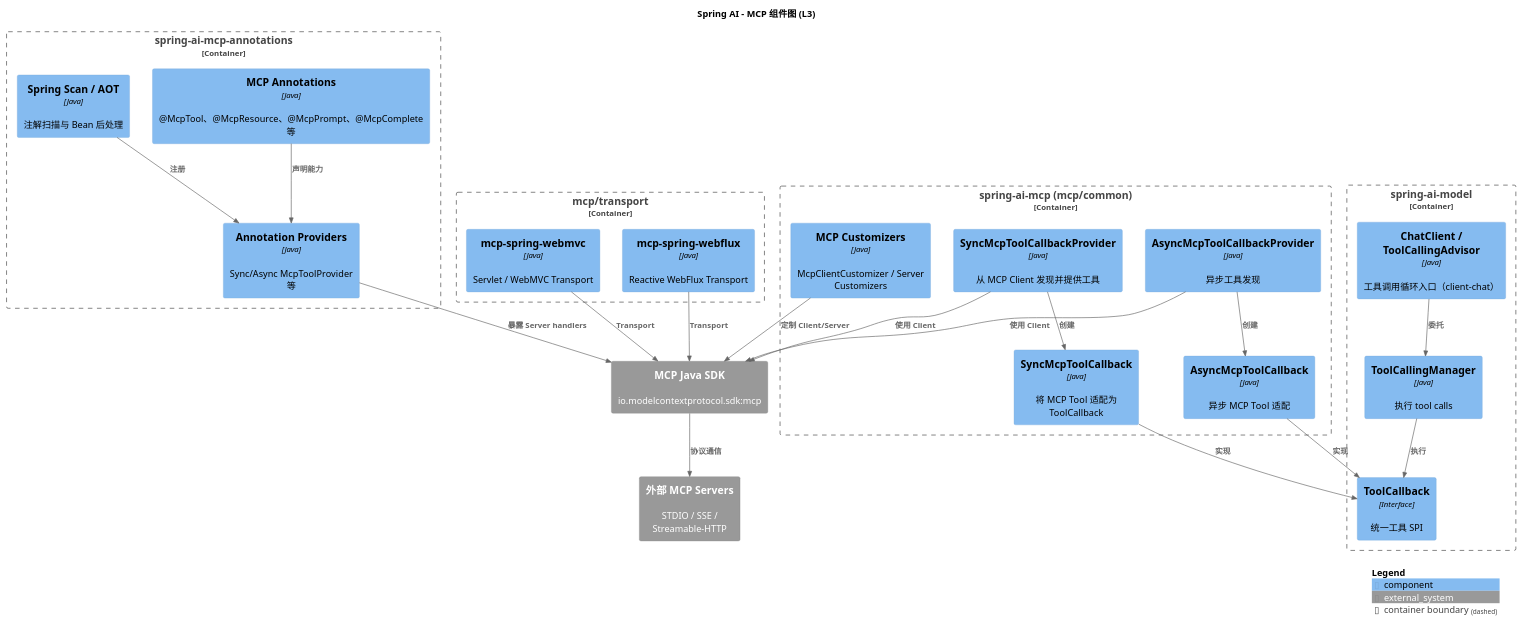
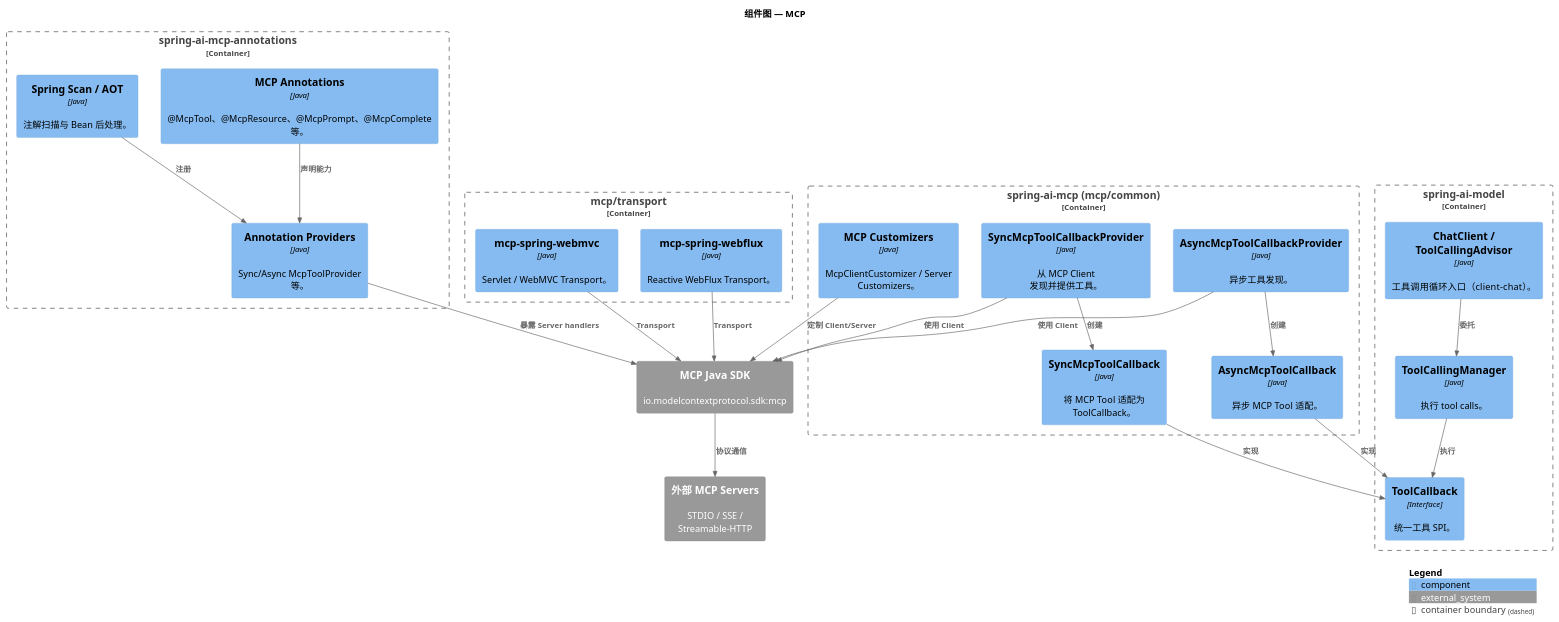
The diagram in spring-ai/docs/c4-model/C3-Component-Mcp.puml (felixzhu97/community-docs), drawn with PlantUML before and after one commit. The commit also changed 30 other files, not shown here.

First line of the commit message:
docs: use Chinese prose in C4 diagrams (#5)

```diff
--- a/spring-ai/docs/c4-model/C3-Component-Mcp.puml
+++ b/spring-ai/docs/c4-model/C3-Component-Mcp.puml
@@ -1,51 +1,51 @@
 @startuml Spring_AI_Component_MCP
 !include https://raw.githubusercontent.com/plantuml-stdlib/C4-PlantUML/master/C4_Component.puml
 
-title Spring AI - MCP 组件图 (L3)
+title 组件图 — MCP
 
 Container_Boundary(modelBound, "spring-ai-model") {
-    Component(toolCallback, "ToolCallback", "Interface", "统一工具 SPI")
-    Component(toolManager, "ToolCallingManager", "Java", "执行 tool calls")
-    Component(chatClientPath, "ChatClient / ToolCallingAdvisor", "Java", "工具调用循环入口（client-chat）")
+    Component(toolCallback, "ToolCallback", "Interface", "统一工具 SPI。")
+    Component(toolManager, "ToolCallingManager", "Java", "执行 tool calls。")
+    Component(chatClientPath, "ChatClient / ToolCallingAdvisor", "Java", "工具调用循环入口（client-chat）。")
 }
 
 Container_Boundary(mcpCommon, "spring-ai-mcp (mcp/common)") {
-    Component(syncCb, "SyncMcpToolCallback", "Java", "将 MCP Tool 适配为 ToolCallback")
-    Component(asyncCb, "AsyncMcpToolCallback", "Java", "异步 MCP Tool 适配")
-    Component(syncProvider, "SyncMcpToolCallbackProvider", "Java", "从 MCP Client 发现并提供工具")
-    Component(asyncProvider, "AsyncMcpToolCallbackProvider", "Java", "异步工具发现")
-    Component(customizers, "MCP Customizers", "Java", "McpClientCustomizer / Server Customizers")
+    Component(syncCb, "SyncMcpToolCallback", "Java", "将 MCP Tool 适配为 ToolCallback。")
+    Component(asyncCb, "AsyncMcpToolCallback", "Java", "异步 MCP Tool 适配。")
+    Component(syncProvider, "SyncMcpToolCallbackProvider", "Java", "从 MCP Client 发现并提供工具。")
+    Component(asyncProvider, "AsyncMcpToolCallbackProvider", "Java", "异步工具发现。")
+    Component(customizers, "MCP Customizers", "Java", "McpClientCustomizer / Server Customizers。")
 }
 
 Container_Boundary(mcpAnno, "spring-ai-mcp-annotations") {
-    Component(annotations, "MCP Annotations", "Java", "@McpTool、@McpResource、@McpPrompt、@McpComplete 等")
-    Component(annoProviders, "Annotation Providers", "Java", "Sync/Async McpToolProvider 等")
-    Component(springScan, "Spring Scan / AOT", "Java", "注解扫描与 Bean 后处理")
+    Component(annotations, "MCP Annotations", "Java", "@McpTool、@McpResource、@McpPrompt、@McpComplete 等。")
+    Component(annoProviders, "Annotation Providers", "Java", "Sync/Async McpToolProvider 等。")
+    Component(springScan, "Spring Scan / AOT", "Java", "注解扫描与 Bean 后处理。")
 }
 
 Container_Boundary(transport, "mcp/transport") {
-    Component(webmvc, "mcp-spring-webmvc", "Java", "Servlet / WebMVC Transport")
-    Component(webflux, "mcp-spring-webflux", "Java", "Reactive WebFlux Transport")
+    Component(webmvc, "mcp-spring-webmvc", "Java", "Servlet / WebMVC Transport。")
+    Component(webflux, "mcp-spring-webflux", "Java", "Reactive WebFlux Transport。")
 }
 
 System_Ext(mcpSdk, "MCP Java SDK", "io.modelcontextprotocol.sdk:mcp")
 System_Ext(mcpServers, "外部 MCP Servers", "STDIO / SSE / Streamable-HTTP")
 
 Rel(chatClientPath, toolManager, "委托")
 Rel(toolManager, toolCallback, "执行")
 Rel(syncCb, toolCallback, "实现")
 Rel(asyncCb, toolCallback, "实现")
 Rel(syncProvider, syncCb, "创建")
 Rel(asyncProvider, asyncCb, "创建")
 Rel(syncProvider, mcpSdk, "使用 Client")
 Rel(asyncProvider, mcpSdk, "使用 Client")
 Rel(customizers, mcpSdk, "定制 Client/Server")
 Rel(annotations, annoProviders, "声明能力")
 Rel(springScan, annoProviders, "注册")
 Rel(annoProviders, mcpSdk, "暴露 Server handlers")
 Rel(webmvc, mcpSdk, "Transport")
 Rel(webflux, mcpSdk, "Transport")
 Rel(mcpSdk, mcpServers, "协议通信")
 
 SHOW_LEGEND()
 @enduml
```
